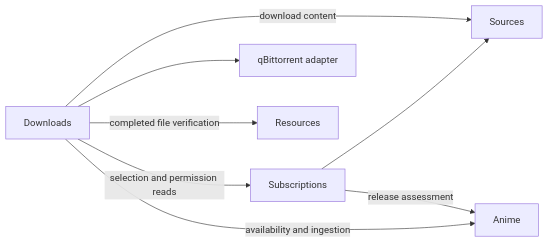
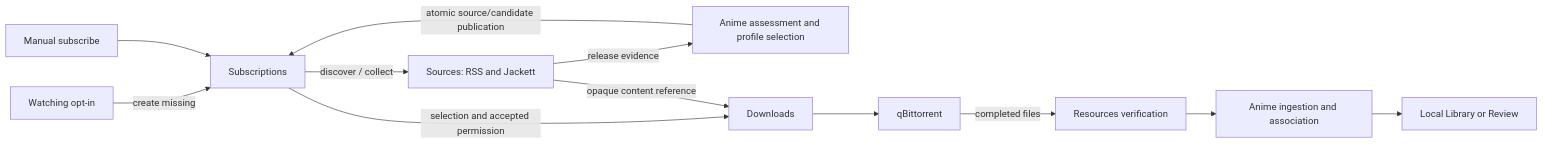
One commit to qw0er/Anishelf changed the fifth of 5 diagrams in docs/development/architecture.md. Above: the diagram before and after it, drawn with Mermaid. The commit also changed other lines of this file and 14 other files, not shown here.

````diff
--- a/docs/development/architecture.md
+++ b/docs/development/architecture.md
@@ -779,10 +206,14 @@
 ```mermaid
 flowchart LR
-    Sub[Subscriptions] --> Sources
-    Downloads -->|selection and permission reads| Sub
-    Downloads -->|download content| Sources
-    Downloads --> Q[qBittorrent adapter]
-    Downloads -->|completed file verification| Resources
-    Downloads -->|availability and ingestion| Anime
-    Sub -->|release assessment| Anime
+    Watching[Watching opt-in] -->|create missing| Sub[Subscriptions]
+    Manual[Manual subscribe] --> Sub
+    Sub -->|discover / collect| Sources[Sources: RSS and Jackett]
+    Sources -->|release evidence| Select[Anime assessment and profile selection]
+    Select -->|atomic source/candidate publication| Sub
+    Sub -->|selection and accepted permission| Downloads[Downloads]
+    Sources -->|opaque content reference| Downloads
+    Downloads --> QB[qBittorrent]
+    QB -->|completed files| Verify[Resources verification]
+    Verify --> Ingest[Anime ingestion and association]
+    Ingest --> Library[Local Library or Review]
 ```
````
